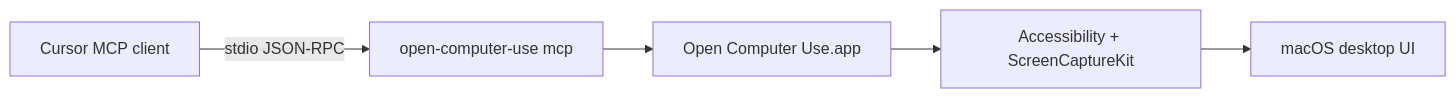
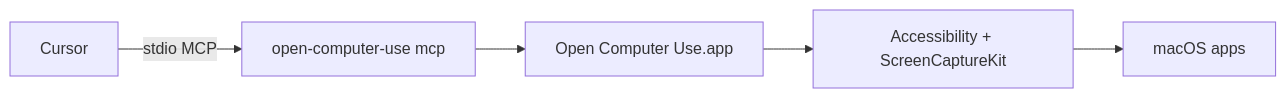
The diagram in README.md (PowerBeef/cursor-computer-use-mcp), drawn with Mermaid before and after one commit. The commit also changed other lines of this file, not shown here.

````diff
--- a/README.md
+++ b/README.md
@@ -50,7 +62,7 @@
 ```mermaid
 flowchart LR
-  Cursor[Cursor MCP client] -->|stdio JSON-RPC| CLI[open-computer-use mcp]
+  Cursor[Cursor] -->|stdio MCP| CLI[open-computer-use mcp]
   CLI --> App[Open Computer Use.app]
   App --> AX[Accessibility + ScreenCaptureKit]
-  AX --> Desktop[macOS desktop UI]
+  AX --> UI[macOS apps]
 ```
````
